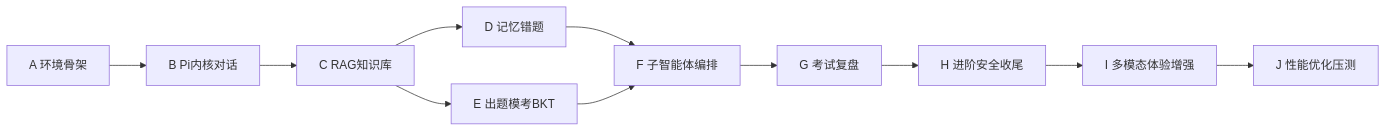
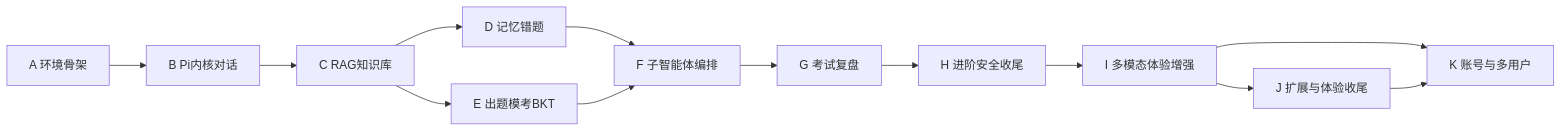
Diagram 18 of 18 in 智学Agent项目设计文档.md (WakuWaku1337/Stuagent), drawn with Mermaid before and after one commit. The commit also changed other lines of this file and 82 other files, not shown here.

````diff
--- a/智学Agent项目设计文档.md
+++ b/智学Agent项目设计文档.md
@@ -2000,13 +2368,15 @@
 ```mermaid
 flowchart LR
     A["A 环境骨架"] --> B["B Pi内核对话"]
     B --> C["C RAG知识库"]
     C --> D["D 记忆错题"]
     C --> E["E 出题模考BKT"]
     D --> F["F 子智能体编排"]
     E --> F
     F --> G["G 考试复盘"]
     G --> H["H 进阶安全收尾"]
     H --> I["I 多模态体验增强"]
-    I --> J["J 性能优化压测"]
+    I --> J["J 扩展与体验收尾"]
+    I --> K["K 账号与多用户"]
+    J --> K
 ```
````
